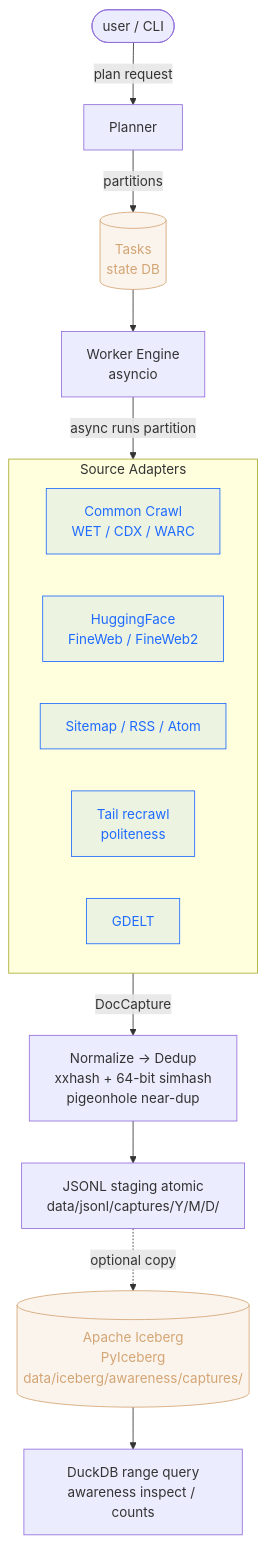
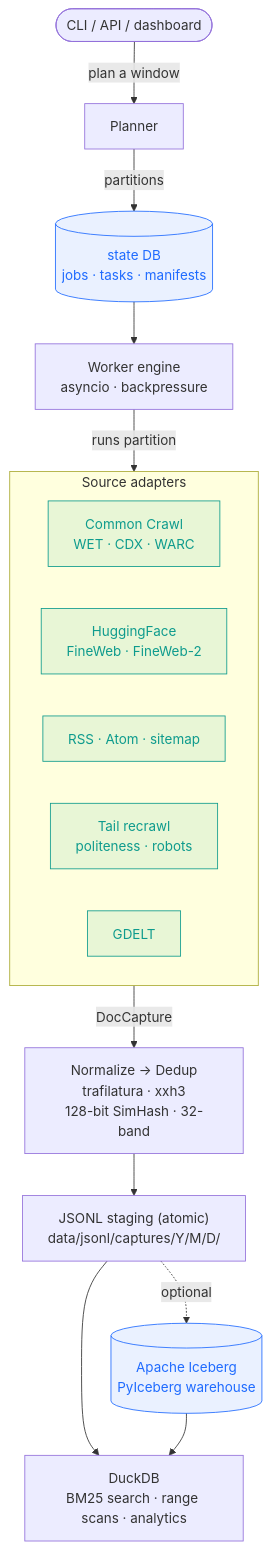
Before and after one commit to nazmiefearmutcu/awareness: the diagram in README.md, drawn with Mermaid. The commit also changed other lines of this file and 43 other files, not shown here.

````diff
--- a/README.md
+++ b/README.md
@@ -148,25 +102,26 @@
 ```mermaid
 flowchart TD
-    user(["user / CLI"]) -->|plan request| planner[Planner]
-    planner -->|partitions| state[(Tasks<br/>state DB)]
-    state --> worker[Worker Engine<br/>asyncio]
-    worker -->|async runs partition| adapters
+    user(["CLI / API / dashboard"]) -->|"plan a window"| planner[Planner]
+    planner -->|partitions| state[("state DB<br/>jobs · tasks · manifests")]
+    state --> worker["Worker engine<br/>asyncio · backpressure"]
+    worker -->|"runs partition"| adapters
 
-    subgraph adapters[Source Adapters]
-      cc[Common Crawl<br/>WET / CDX / WARC]
-      fw[HuggingFace<br/>FineWeb / FineWeb2]
-      rss[Sitemap / RSS / Atom]
-      tail[Tail recrawl<br/>politeness]
-      gd[GDELT]
+    subgraph adapters["Source adapters"]
+      cc["Common Crawl<br/>WET · CDX · WARC"]
+      fw["HuggingFace<br/>FineWeb · FineWeb-2"]
+      rss["RSS · Atom · sitemap"]
+      tail["Tail recrawl<br/>politeness · robots"]
+      gd["GDELT"]
     end
 
-    adapters -->|DocCapture| norm[Normalize → Dedup<br/>xxhash + 64-bit simhash<br/>pigeonhole near-dup]
-    norm --> jsonl[JSONL staging atomic<br/>data/jsonl/captures/Y/M/D/]
-    jsonl -.optional copy.-> iceberg[(Apache Iceberg<br/>PyIceberg<br/>data/iceberg/awareness/captures/)]
-    iceberg --> duckdb[DuckDB range query<br/>awareness inspect / counts]
+    adapters -->|DocCapture| norm["Normalize → Dedup<br/>trafilatura · xxh3<br/>128-bit SimHash · 32-band"]
+    norm --> jsonl["JSONL staging (atomic)<br/>data/jsonl/captures/Y/M/D/"]
+    jsonl -.->|optional| iceberg[("Apache Iceberg<br/>PyIceberg warehouse")]
+    jsonl --> duckdb["DuckDB<br/>BM25 search · range scans · analytics"]
+    iceberg --> duckdb
 
-    classDef sourceNode fill:#1f6bff15,stroke:#1f6bff,color:#1f6bff
-    classDef storageNode fill:#d4a57420,stroke:#d4a574,color:#d4a574
-    class cc,fw,rss,tail,gd sourceNode
-    class state,iceberg storageNode
+    classDef src fill:#0e9b8d18,stroke:#0e9b8d,color:#0e9b8d
+    classDef store fill:#1f6bff18,stroke:#1f6bff,color:#1f6bff
+    class cc,fw,rss,tail,gd src
+    class state,iceberg store
 ```
````
